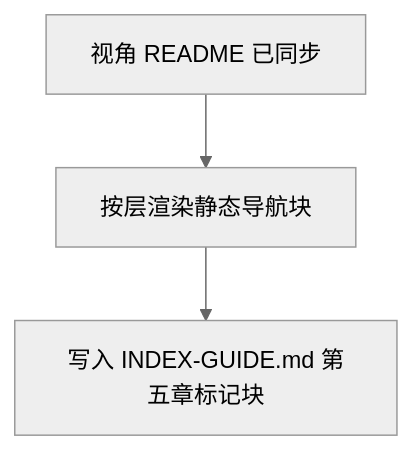
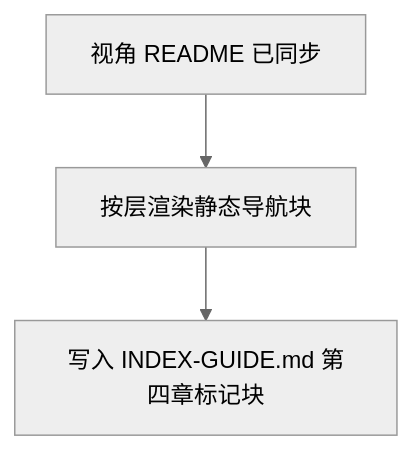
The diagram in agent/skills/docs-build/references/consolidation-spec.md (oleewen/ai-knowledge), drawn with Mermaid (neutral theme) before and after one commit. The commit also changed other lines of this file and 35 other files, not shown here.

First line of the commit message:
docs: 视角导航统一为 INDEX-GUIDE 第四章

````diff
--- a/agent/skills/docs-build/references/consolidation-spec.md
+++ b/agent/skills/docs-build/references/consolidation-spec.md
@@ -7,5 +7,5 @@
 ```mermaid
 graph TD
     A[视角 README 已同步] --> B[按层渲染静态导航块]
-    B --> C[写入 INDEX-GUIDE.md 第五章标记块]
+    B --> C[写入 INDEX-GUIDE.md 第四章标记块]
 ```
````
